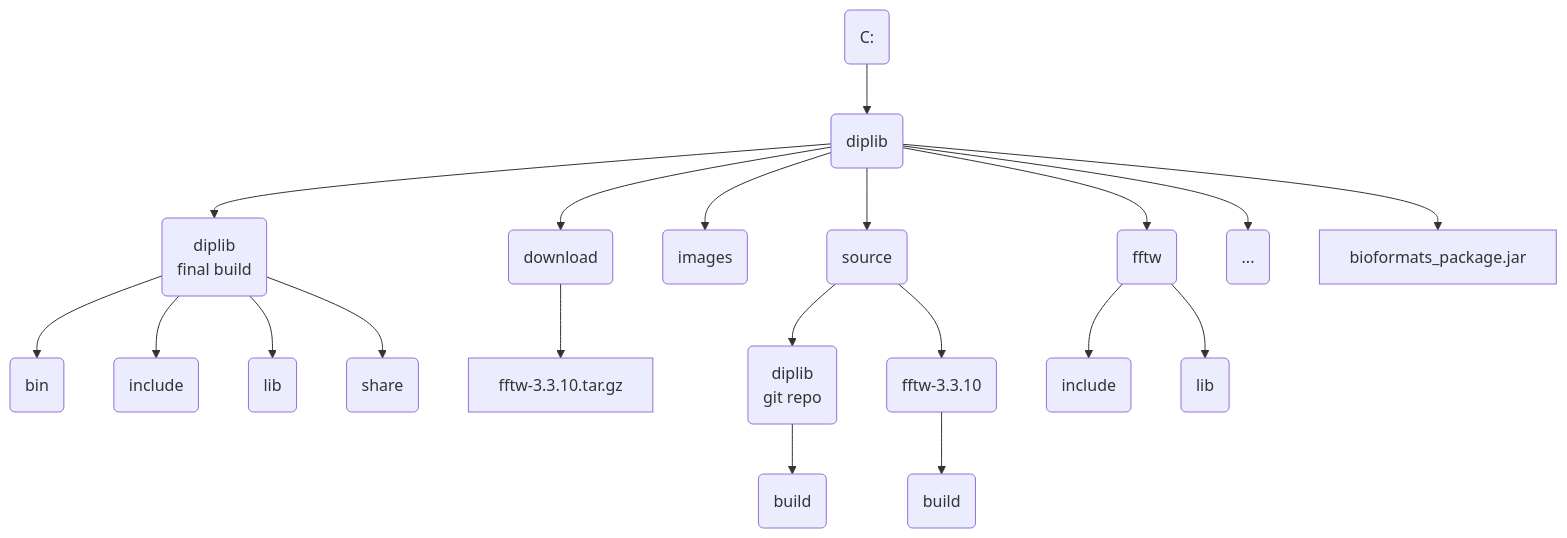
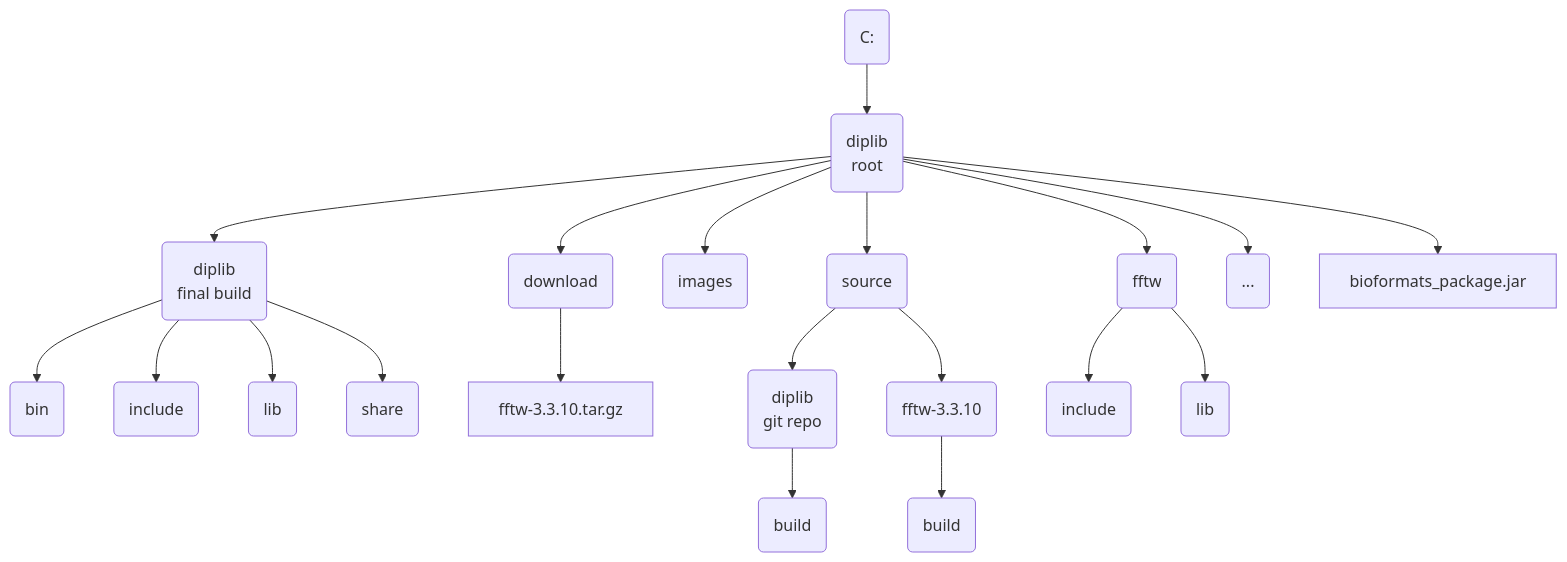
One commit to DIPlib/diplib changed the diagram in doc/src/releases/windows_release.md. Above: the diagram before and after it, drawn with Mermaid. The commit also changed other lines of this file and 1 other file, not shown here.

````diff
--- a/doc/src/releases/windows_release.md
+++ b/doc/src/releases/windows_release.md
@@ -27,23 +27,22 @@
 ```mermaid
 graph
-    root(C:) --> 1(diplib)
+    root(C:) --> 1(diplib<br>root)
     1 --> 11(diplib<br>final build)
     1 --> 12(download)
     1 --> 13(images)
     1 --> 14(source)
     1 --> 15(fftw)
     1 --> 16(...)
     1 --> 18[bioformats_package.jar]
     11 --> 111(bin)
     11 --> 112(include)
     11 --> 113(lib)
     11 --> 114(share)
     12 --> 121[fftw-3.3.10.tar.gz]
     14 --> 141(diplib<br>git repo)
     14 --> 142(fftw-3.3.10)
     141 --> 1411(build)
     142 --> 1421(build)
     15 --> 151(include)
     15 --> 152(lib)
-
 ```
````
